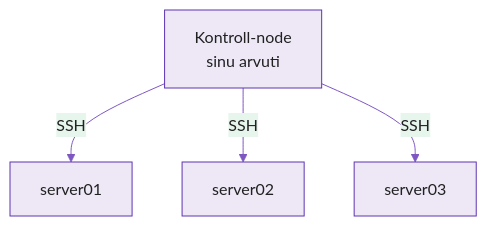
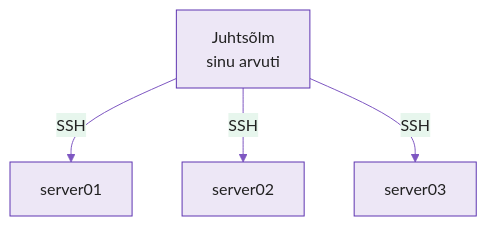
The second of 5 diagrams in docs/week03/lecture.md (hkhk-automation/devops), drawn with Mermaid before and after one commit. The commit also changed other lines of this file and 1 other file, not shown here.

Commit message:
N3: tööharu tehakse praktikumi alguses, localhost-kõrvaltee välja, creates ja changed=5 küsimus täpsemaks; loengus näited ansible.builtin.package ja ansible_facts kujul, juhtsõlm ja rühm, täpsemad väited (agent, state, check mode, host_key_checking)

````diff
--- a/docs/week03/lecture.md
+++ b/docs/week03/lecture.md
@@ -165,7 +165,7 @@
 ```mermaid
 %%{init: {'theme':'base','themeVariables':{'primaryColor':'#ede7f6','primaryBorderColor':'#5e35b1','primaryTextColor':'#212121','lineColor':'#7e57c2'}}}%%
 graph TB
-    C[Kontroll-node<br/>sinu arvuti] -->|SSH| S1[server01]
+    C[Juhtsõlm<br/>sinu arvuti] -->|SSH| S1[server01]
     C -->|SSH| S2[server02]
     C -->|SSH| S3[server03]
 ```
````
